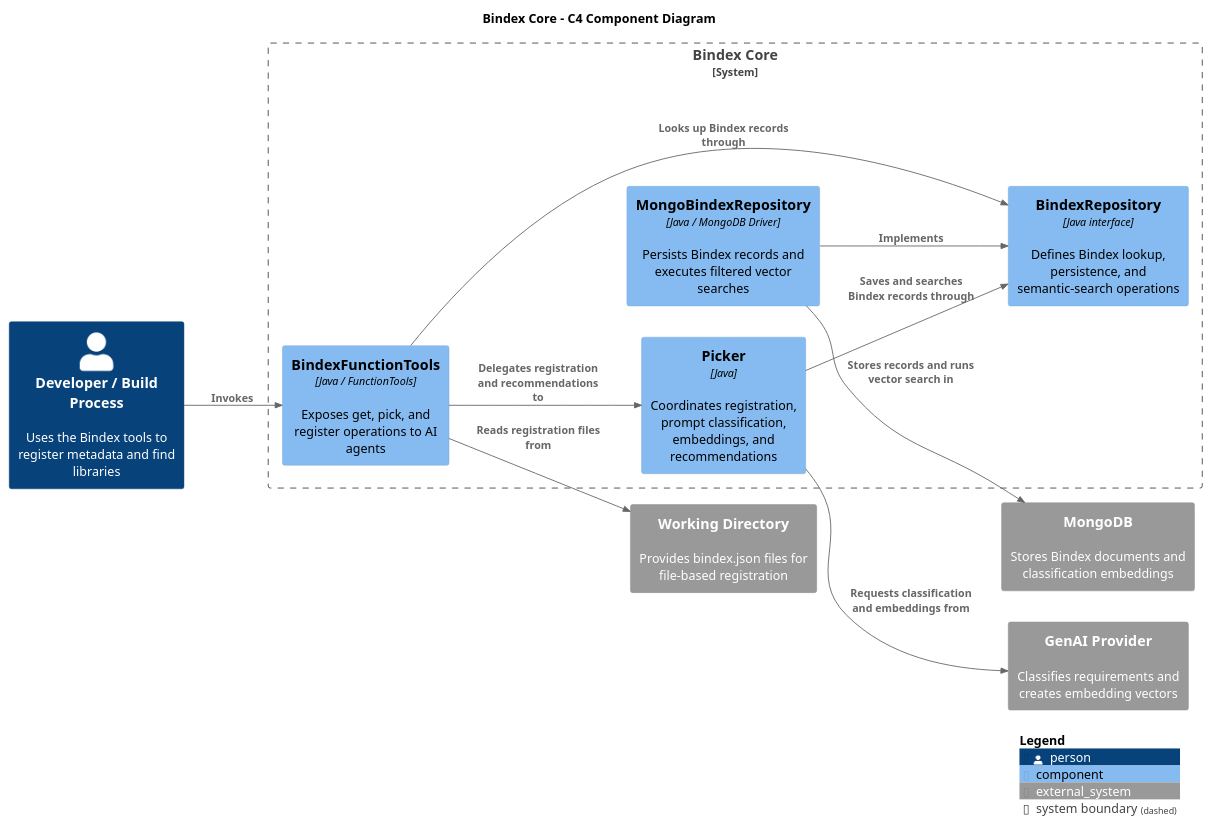
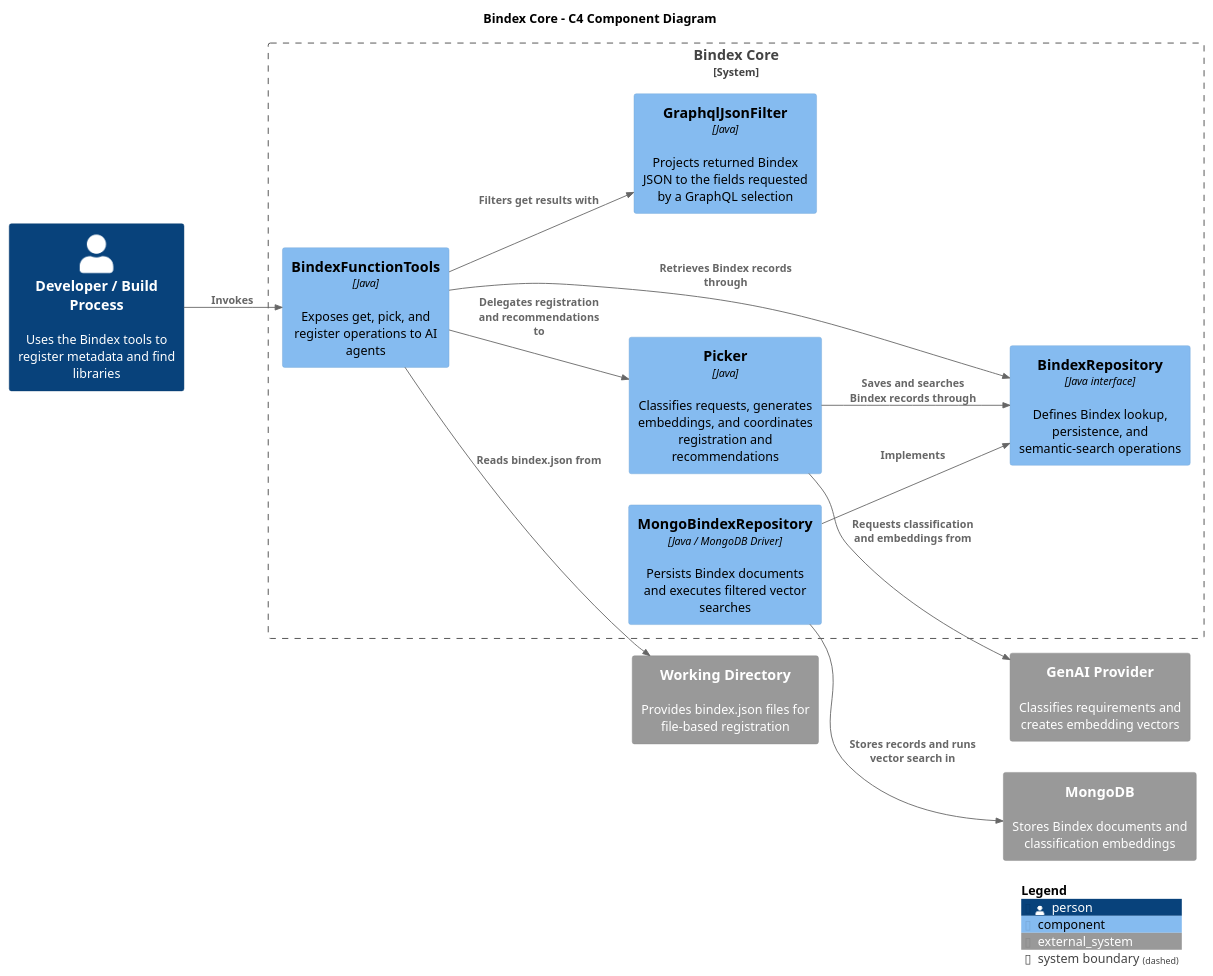
One commit to machanism-org/machai changed the diagram in bindex-core/src/site/puml/c4-diagram.puml. Above: the diagram before and after it, drawn with PlantUML. The commit also changed 64 other files, not shown here.

```diff
--- a/bindex-core/src/site/puml/c4-diagram.puml
+++ b/bindex-core/src/site/puml/c4-diagram.puml
@@ -10,30 +10,32 @@
 @startuml
 !includeurl https://raw.githubusercontent.com/plantuml-stdlib/C4-PlantUML/master/C4_Component.puml
 
 LAYOUT_LEFT_RIGHT()
 
 title Bindex Core - C4 Component Diagram
 
 Person(user, "Developer / Build Process", "Uses the Bindex tools to register metadata and find libraries")
 System_Ext(fileSystem, "Working Directory", "Provides bindex.json files for file-based registration")
 System_Ext(genaiProvider, "GenAI Provider", "Classifies requirements and creates embedding vectors")
 System_Ext(mongodb, "MongoDB", "Stores Bindex documents and classification embeddings")
 
 System_Boundary(bindexCore, "Bindex Core") {
-  Component(bindexFunctionTools, "BindexFunctionTools", "Java / FunctionTools", "Exposes get, pick, and register operations to AI agents")
-  Component(picker, "Picker", "Java", "Coordinates registration, prompt classification, embeddings, and recommendations")
+  Component(bindexFunctionTools, "BindexFunctionTools", "Java", "Exposes get, pick, and register operations to AI agents")
+  Component(graphqlJsonFilter, "GraphqlJsonFilter", "Java", "Projects returned Bindex JSON to the fields requested by a GraphQL selection")
+  Component(picker, "Picker", "Java", "Classifies requests, generates embeddings, and coordinates registration and recommendations")
   Component(repositoryInterface, "BindexRepository", "Java interface", "Defines Bindex lookup, persistence, and semantic-search operations")
-  Component(mongoRepository, "MongoBindexRepository", "Java / MongoDB Driver", "Persists Bindex records and executes filtered vector searches")
+  Component(mongoRepository, "MongoBindexRepository", "Java / MongoDB Driver", "Persists Bindex documents and executes filtered vector searches")
 }
 
 Rel(user, bindexFunctionTools, "Invokes")
-Rel(bindexFunctionTools, fileSystem, "Reads registration files from")
+Rel(bindexFunctionTools, fileSystem, "Reads bindex.json from")
+Rel(bindexFunctionTools, graphqlJsonFilter, "Filters get results with")
 Rel(bindexFunctionTools, picker, "Delegates registration and recommendations to")
-Rel(bindexFunctionTools, repositoryInterface, "Looks up Bindex records through")
+Rel(bindexFunctionTools, repositoryInterface, "Retrieves Bindex records through")
 Rel(picker, genaiProvider, "Requests classification and embeddings from")
 Rel(picker, repositoryInterface, "Saves and searches Bindex records through")
 Rel(mongoRepository, repositoryInterface, "Implements")
 Rel(mongoRepository, mongodb, "Stores records and runs vector search in")
 
 SHOW_LEGEND()
 @enduml
```
